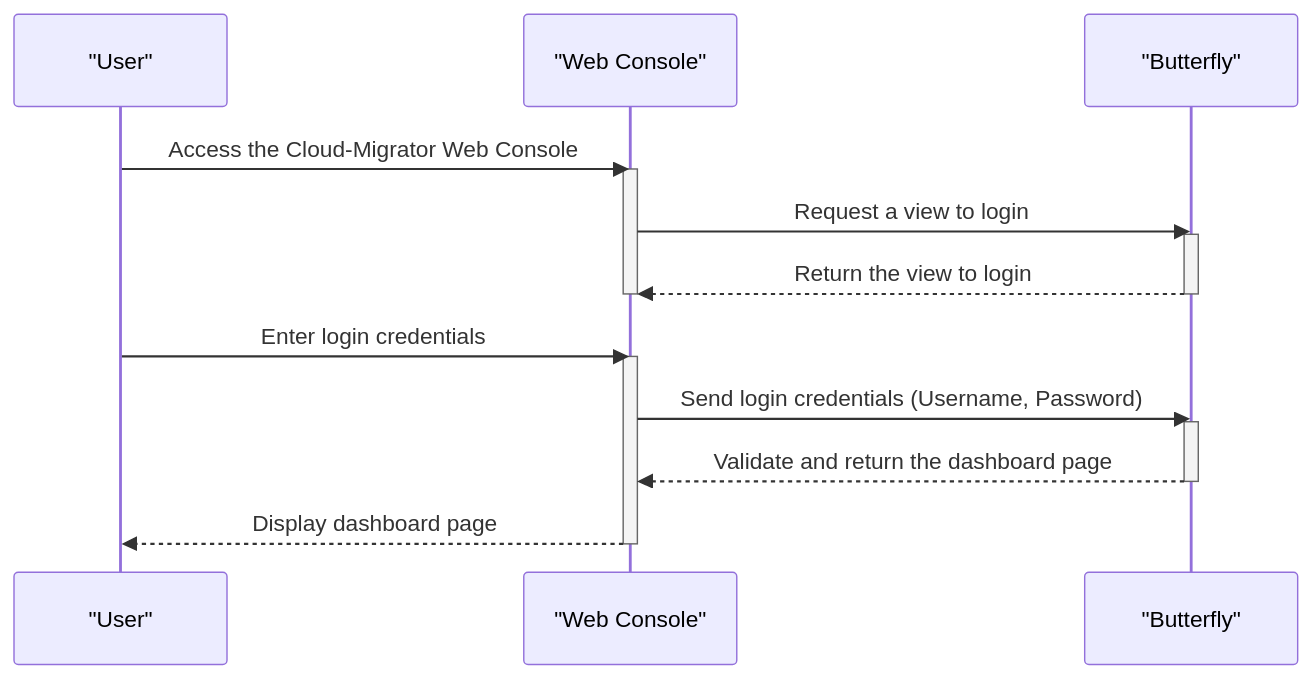
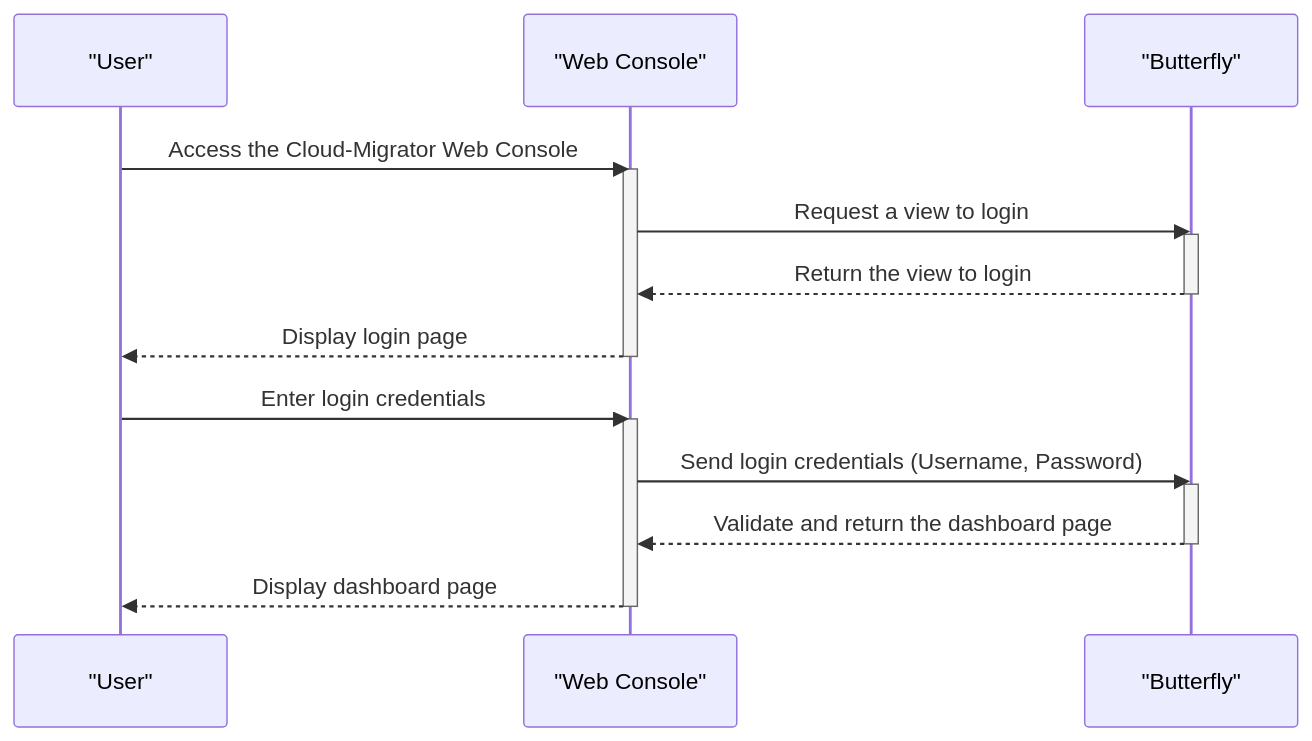
One commit to cloud-barista/cloud-migrator changed the first of 12 diagrams in docs/v0.4.0-user-scenario-for-computing-infra-migration.md. Above: the diagram before and after it, drawn with Mermaid. The commit also changed other lines of this file, not shown here.

First line of the commit message:
Finalize user scenarios of computing infra migration for v0.4.0 release

````diff
--- a/docs/v0.4.0-user-scenario-for-computing-infra-migration.md
+++ b/docs/v0.4.0-user-scenario-for-computing-infra-migration.md
@@ -16,25 +25,26 @@
 ```mermaid
 sequenceDiagram
     participant User as "User"
     participant Browser as "Web Console"
     participant WebServer as "Butterfly"
 
     %% Step 1: Access the Cloud-Migrator Web Console
     User->>Browser: Access the Cloud-Migrator Web Console
     activate Browser
     Browser->>WebServer: Request a view to login
     activate WebServer
     WebServer-->>Browser: Return the view to login
     deactivate WebServer
+    Browser-->>User: Display login page
     deactivate Browser
 
     %% Step 2: Enter login credentials
     User->>Browser: Enter login credentials
     activate Browser
     Browser->>WebServer: Send login credentials (Username, Password)
     activate WebServer
     WebServer-->>Browser: Validate and return the dashboard page
     deactivate WebServer
     Browser-->>User: Display dashboard page
     deactivate Browser
 ```
````
